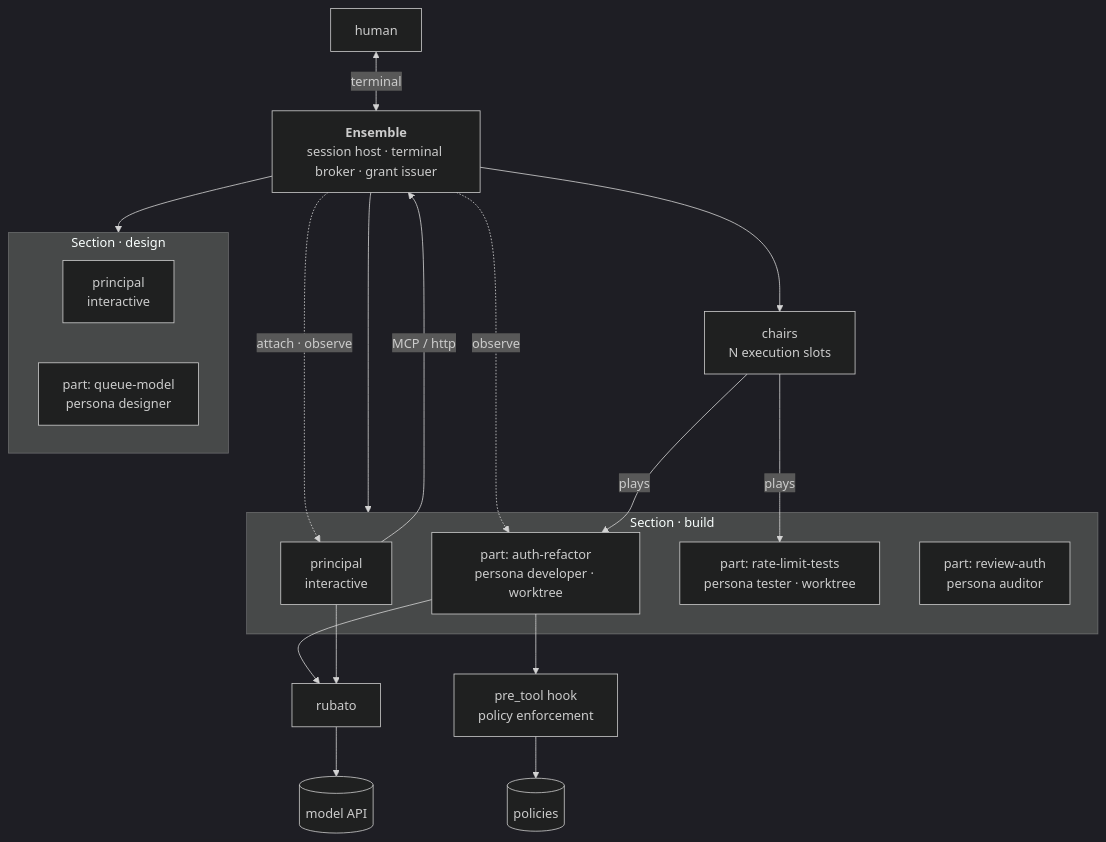
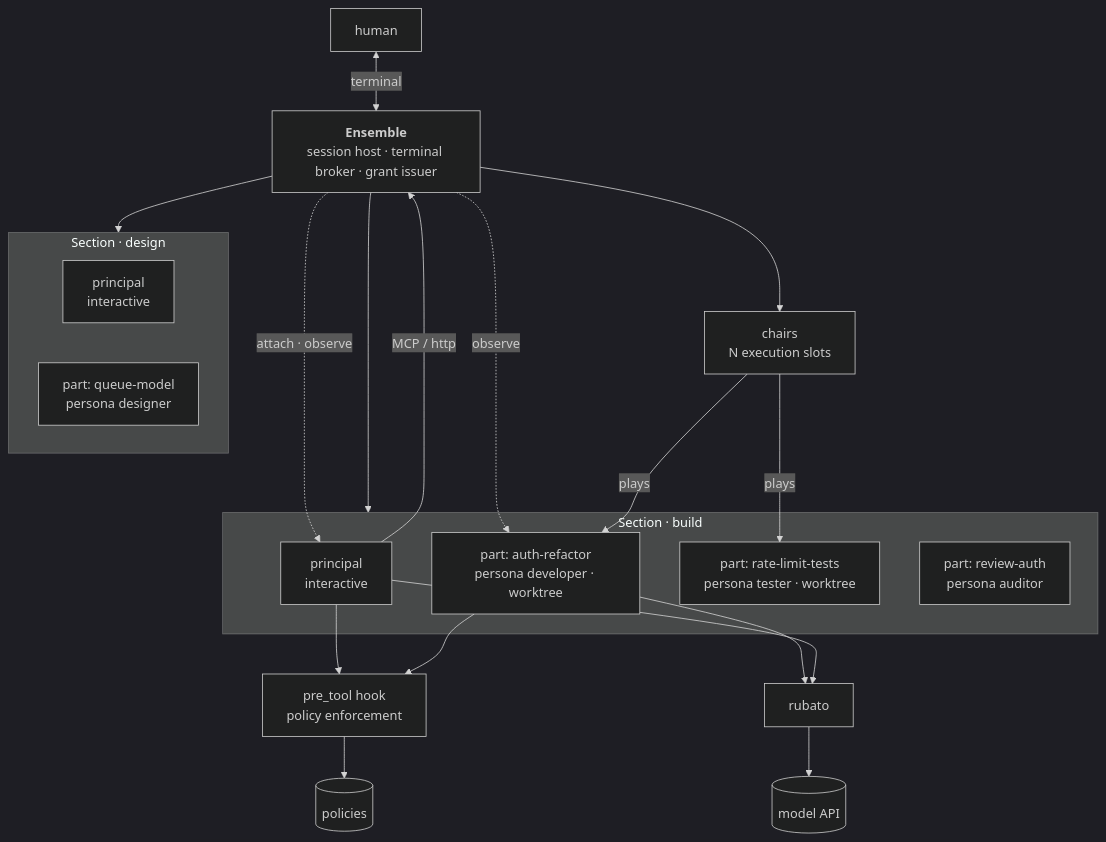
The first of 6 diagrams in docs/ensemble/README.md (noclearreaction/symphony-maestro), drawn with Mermaid (dark theme) before and after one commit. The commit also changed other lines of this file and 1 other file, not shown here.

````diff
--- a/docs/ensemble/README.md
+++ b/docs/ensemble/README.md
@@ -88,38 +129,39 @@
 ```mermaid
 flowchart TB
   H["human"]
   ENS["<b>Ensemble</b><br/>session host · terminal broker · grant issuer"]
 
   subgraph S1["Section · build"]
     P1["principal<br/>interactive"]
     A1["part: auth-refactor<br/>persona developer · worktree"]
     A2["part: rate-limit-tests<br/>persona tester · worktree"]
     A3["part: review-auth<br/>persona auditor"]
   end
 
   subgraph S2["Section · design"]
     P2["principal<br/>interactive"]
     D1["part: queue-model<br/>persona designer"]
   end
 
   CH["chairs<br/>N execution slots"]
   HOOK["pre_tool hook<br/>policy enforcement"]
   POL[("policies")]
   RUB["rubato"]
   API[("model API")]
 
   H <-->|"terminal"| ENS
   ENS -.->|"attach · observe"| P1
   ENS -.->|"observe"| A1
   ENS --> S1
   ENS --> S2
   ENS --> CH
   CH -->|"plays"| A1
   CH -->|"plays"| A2
   P1 -->|"MCP / http"| ENS
+  P1 --> HOOK
   A1 --> HOOK
   HOOK --> POL
   A1 --> RUB
   P1 --> RUB
   RUB --> API
 ```
````
